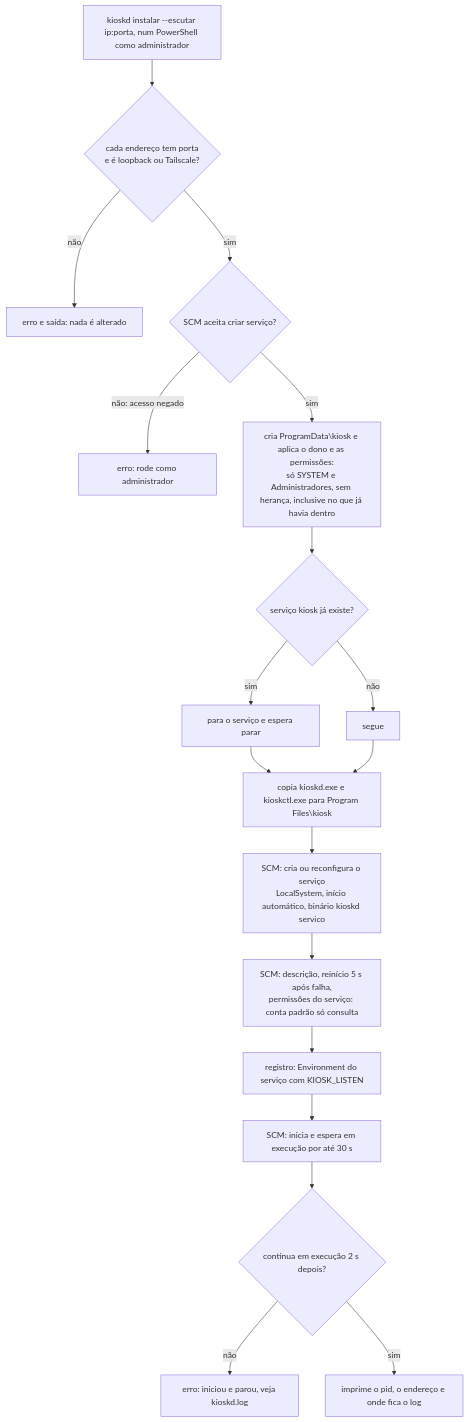
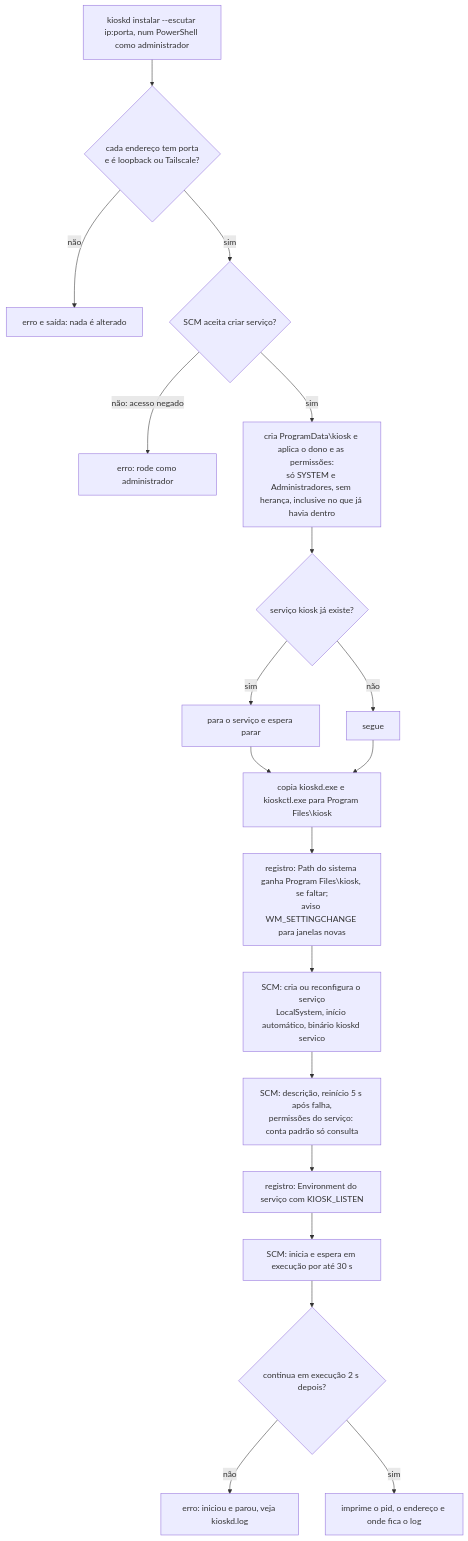
One commit to jefersonlop3s/kiosk-engine changed diagram 18 of 28 in docs/architecture/fluxos-dos-comandos.md. Above: the diagram before and after it, drawn with Mermaid. The commit also changed other lines of this file and 9 other files, not shown here.

First line of the commit message:
feat(windows): instalar põe a pasta do kiosk no PATH do sistema

````diff
--- a/docs/architecture/fluxos-dos-comandos.md
+++ b/docs/architecture/fluxos-dos-comandos.md
@@ -262,20 +262,21 @@
 ```mermaid
 flowchart TD
     A["kioskd instalar --escutar ip:porta, num PowerShell como administrador"] --> B{"cada endereço tem porta<br/>e é loopback ou Tailscale?"}
     B -->|não| E1["erro e saída: nada é alterado"]
     B -->|sim| C{"SCM aceita criar serviço?"}
     C -->|"não: acesso negado"| E2["erro: rode como administrador"]
     C -->|sim| D["cria ProgramData\kiosk e aplica o dono e as permissões:<br/>só SYSTEM e Administradores, sem herança, inclusive no que já havia dentro"]
     D --> F{"serviço kiosk já existe?"}
     F -->|sim| G["para o serviço e espera parar"]
     F -->|não| H["segue"]
     G --> I["copia kioskd.exe e kioskctl.exe para Program Files\kiosk"]
     H --> I
-    I --> J["SCM: cria ou reconfigura o serviço<br/>LocalSystem, início automático, binário kioskd servico"]
+    I --> P["registro: Path do sistema ganha Program Files\kiosk, se faltar;<br/>aviso WM_SETTINGCHANGE para janelas novas"]
+    P --> J["SCM: cria ou reconfigura o serviço<br/>LocalSystem, início automático, binário kioskd servico"]
     J --> K["SCM: descrição, reinício 5 s após falha,<br/>permissões do serviço: conta padrão só consulta"]
     K --> L["registro: Environment do serviço com KIOSK_LISTEN"]
     L --> M["SCM: inicia e espera em execução por até 30 s"]
     M --> N{"continua em execução 2 s depois?"}
     N -->|não| E3["erro: iniciou e parou, veja kioskd.log"]
     N -->|sim| R["imprime o pid, o endereço e onde fica o log"]
 ```
````
